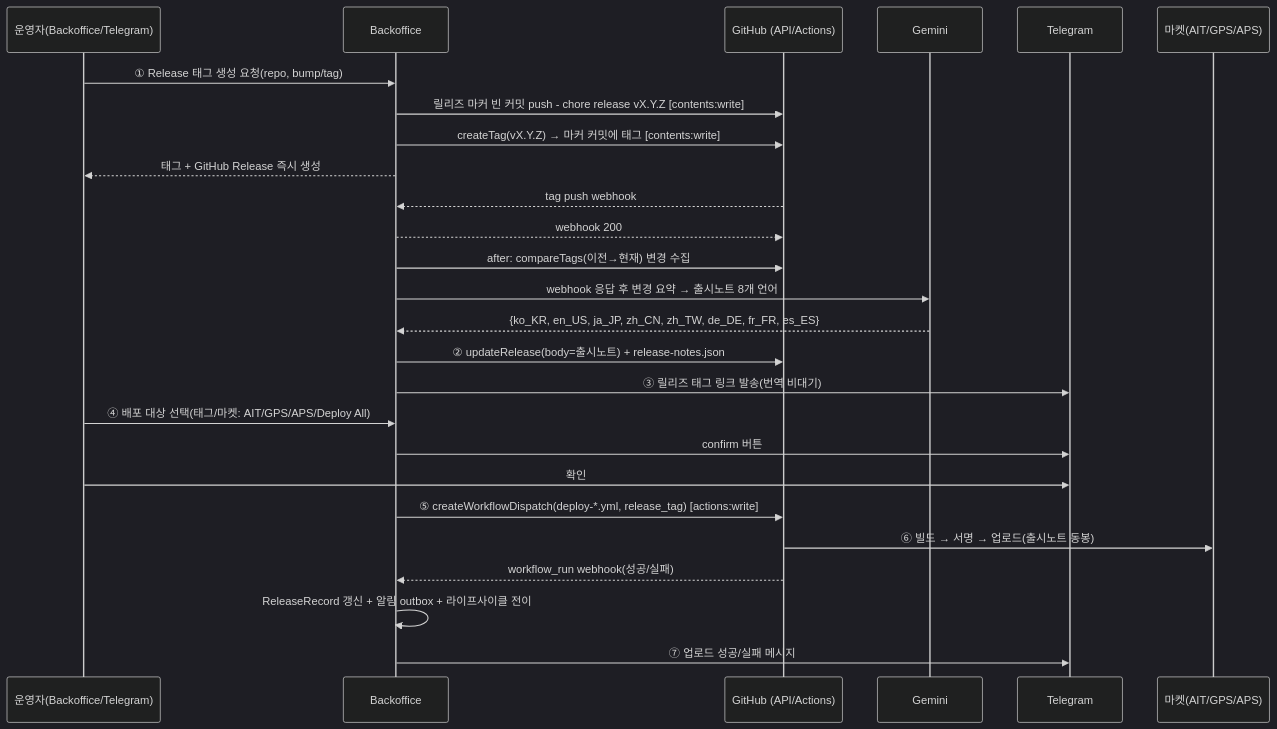
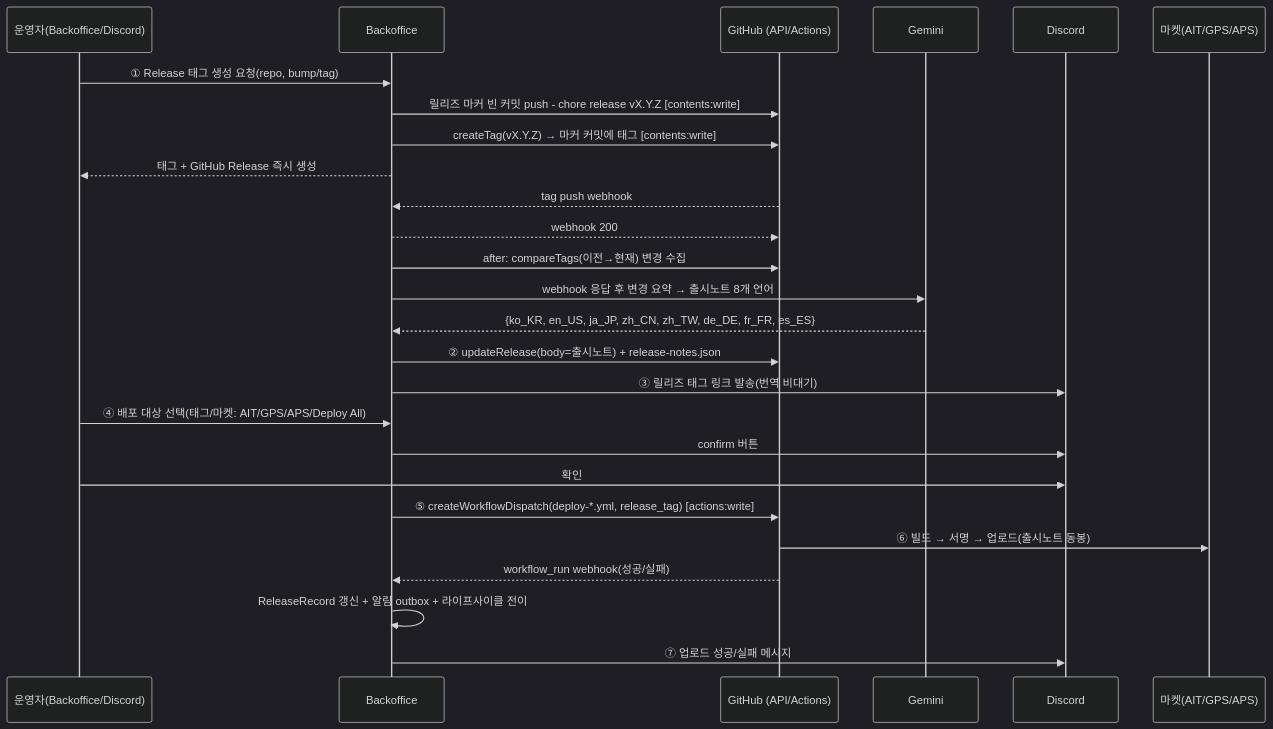
Before and after one commit to seorilabs/seorilabs-backoffice: the second of 3 diagrams in docs/ci-cd/org-cicd-release-system.md, drawn with Mermaid (dark theme). The commit also changed other lines of this file and 8 other files, not shown here.

````diff
--- a/docs/ci-cd/org-cicd-release-system.md
+++ b/docs/ci-cd/org-cicd-release-system.md
@@ -209,29 +209,29 @@
 ```mermaid
 sequenceDiagram
-    participant U as 운영자(Backoffice/Telegram)
+    participant U as 운영자(Backoffice/Discord)
     participant BO as Backoffice
     participant GH as GitHub (API/Actions)
     participant AI as Gemini
-    participant TG as Telegram
+    participant DC as Discord
     participant MK as 마켓(AIT/GPS/APS)
 
     U->>BO: ① Release 태그 생성 요청(repo, bump/tag)
     BO->>GH: 릴리즈 마커 빈 커밋 push - chore release vX.Y.Z [contents:write]
     BO->>GH: createTag(vX.Y.Z) → 마커 커밋에 태그 [contents:write]
     BO-->>U: 태그 + GitHub Release 즉시 생성
     GH-->>BO: tag push webhook
     BO-->>GH: webhook 200
     BO->>GH: after: compareTags(이전→현재) 변경 수집
     BO->>AI: webhook 응답 후 변경 요약 → 출시노트 8개 언어
     AI-->>BO: {ko_KR, en_US, ja_JP, zh_CN, zh_TW, de_DE, fr_FR, es_ES}
     BO->>GH: ② updateRelease(body=출시노트) + release-notes.json
-    BO->>TG: ③ 릴리즈 태그 링크 발송(번역 비대기)
+    BO->>DC: ③ 릴리즈 태그 링크 발송(번역 비대기)
     U->>BO: ④ 배포 대상 선택(태그/마켓: AIT/GPS/APS/Deploy All)
-    BO->>TG: confirm 버튼
-    U->>TG: 확인
+    BO->>DC: confirm 버튼
+    U->>DC: 확인
     BO->>GH: ⑤ createWorkflowDispatch(deploy-*.yml, release_tag) [actions:write]
     GH->>MK: ⑥ 빌드 → 서명 → 업로드(출시노트 동봉)
     GH-->>BO: workflow_run webhook(성공/실패)
     BO->>BO: ReleaseRecord 갱신 + 알림 outbox + 라이프사이클 전이
-    BO->>TG: ⑦ 업로드 성공/실패 메시지
+    BO->>DC: ⑦ 업로드 성공/실패 메시지
 ```
````
